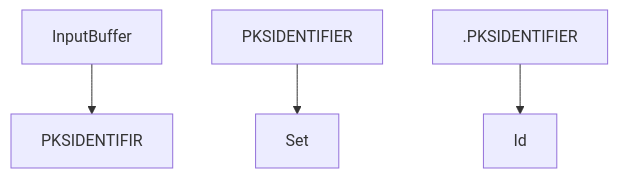
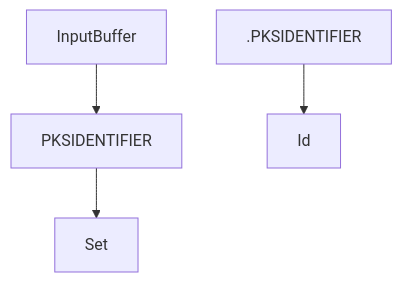
Before and after one commit to 0mWindyBug/0mWindyBug.github.io: the diagram in _posts/2024-10-30-AudioGuard.md, drawn with Mermaid.

````diff
--- a/_posts/2024-10-30-AudioGuard.md
+++ b/_posts/2024-10-30-AudioGuard.md
@@ -90,6 +90,6 @@
 ```mermaid
 graph TD;
-    InputBuffer-->PKSIDENTIFIR;
+    InputBuffer-->PKSIDENTIFIER;
     PKSIDENTIFIER-->Set;
    .PKSIDENTIFIER-->Id;
 ```
````
